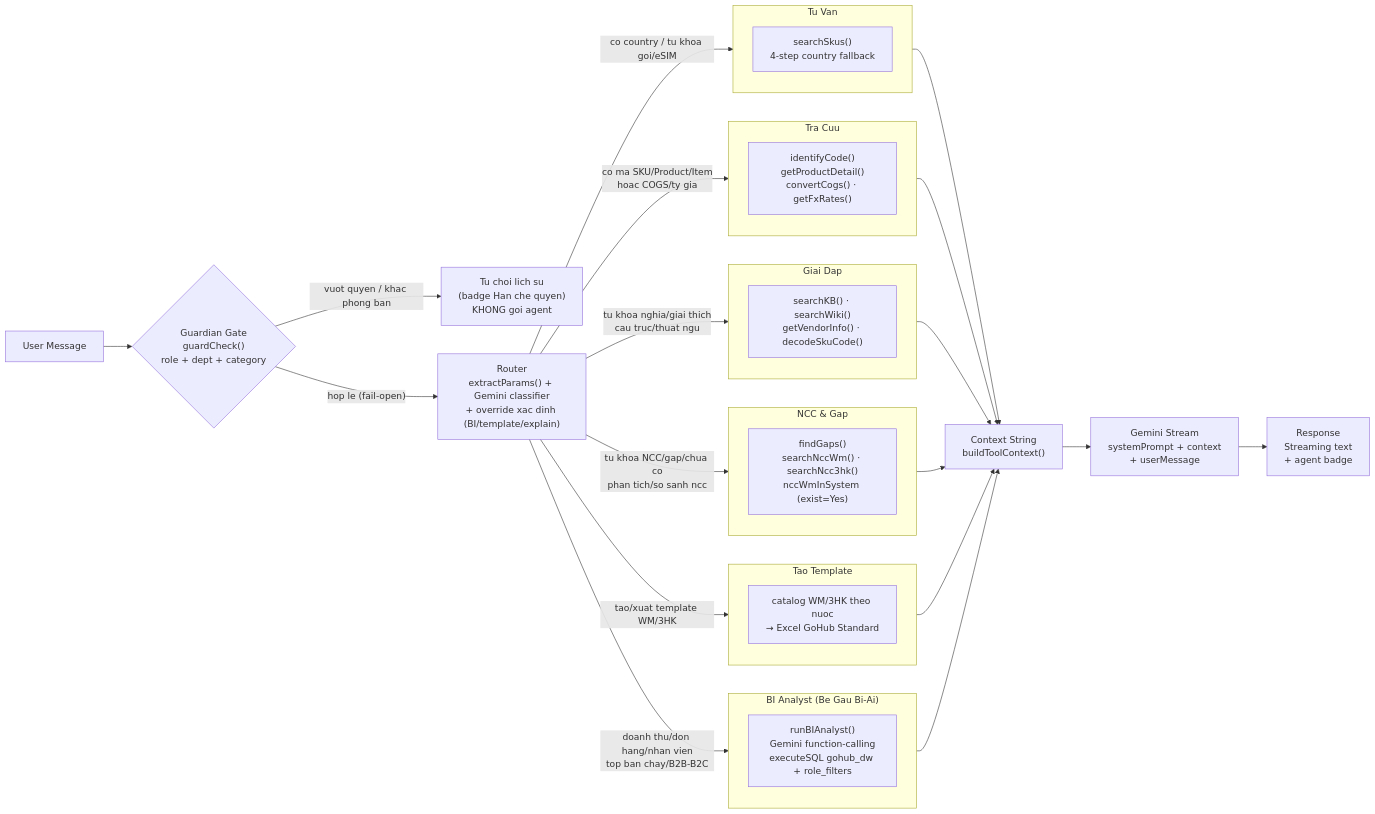
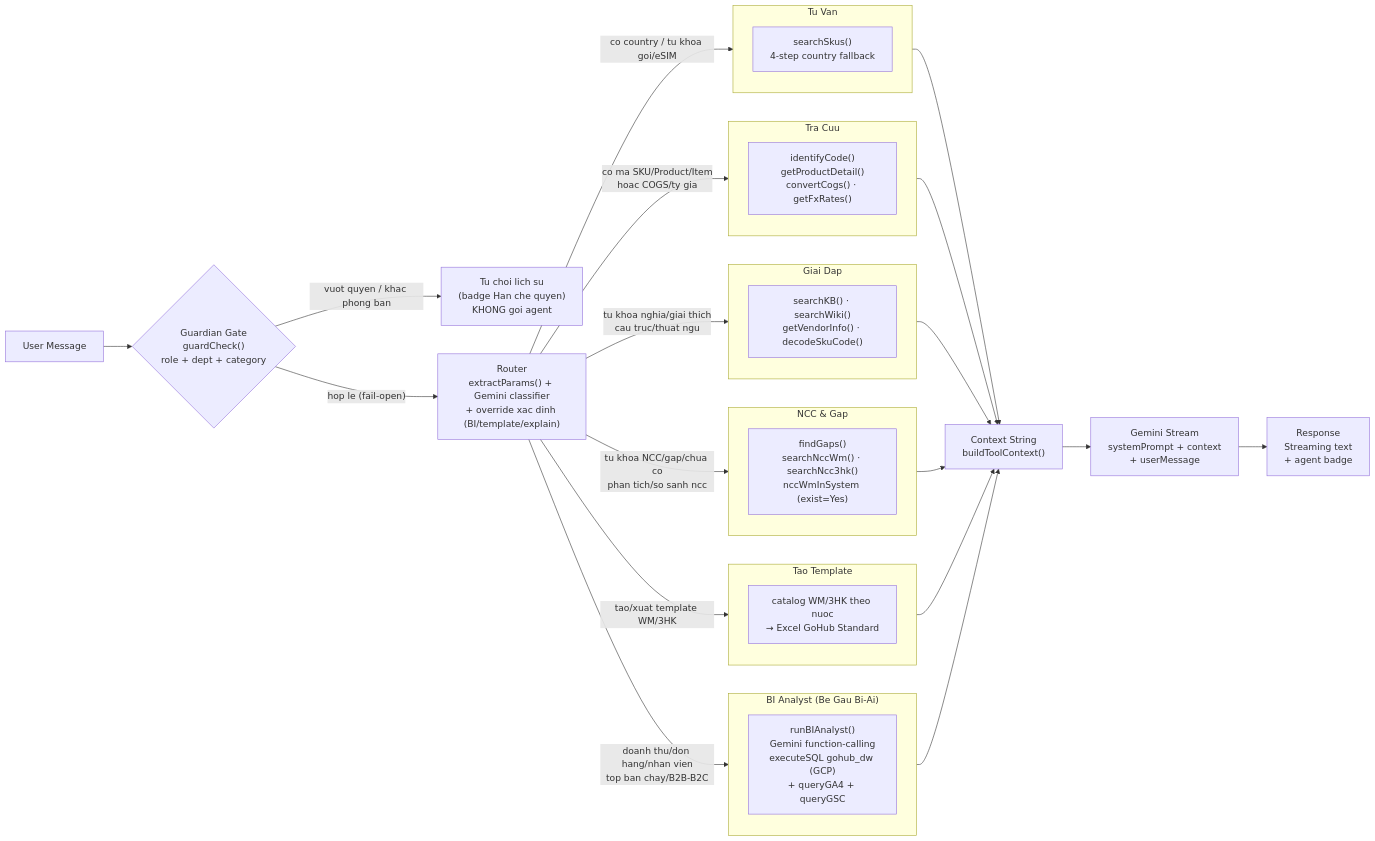
Before and after one commit to NguyenHoangHieu-ue/gohub: the fifth of 7 diagrams in docs/wiki/system/Second-Brain-Architecture.md, drawn with Mermaid. The commit also changed other lines of this file and 8 other files, not shown here.

````diff
--- a/docs/wiki/system/Second-Brain-Architecture.md
+++ b/docs/wiki/system/Second-Brain-Architecture.md
@@ -235,36 +235,36 @@
 ```mermaid
 flowchart LR
     MSG["User Message"] --> GUARD{"Guardian Gate\nguardCheck()\nrole + dept + category"}
     GUARD -->|"vuot quyen / khac phong ban"| DENY["Tu choi lich su\n(badge Han che quyen)\nKHONG goi agent"]
     GUARD -->|"hop le (fail-open)"| ROUTER["Router\nextractParams() + Gemini classifier\n+ override xac dinh (BI/template/explain)"]
 
     ROUTER -->|"co country / tu khoa goi/eSIM"| TU_VAN
     ROUTER -->|"co ma SKU/Product/Item\nhoac COGS/ty gia"| TRA_CUU
     ROUTER -->|"tu khoa nghia/giai thich\ncau truc/thuat ngu"| GIAI_DAP
     ROUTER -->|"tu khoa NCC/gap/chua co\nphan tich/so sanh ncc"| GAP
     ROUTER -->|"tao/xuat template WM/3HK"| TEMPLATE
     ROUTER -->|"doanh thu/don hang/nhan vien\ntop ban chay/B2B-B2C"| BI
 
     subgraph TU_VAN ["Tu Van"]
         T1["searchSkus()\n4-step country fallback"]
     end
     subgraph TRA_CUU ["Tra Cuu"]
         T2["identifyCode()\ngetProductDetail()\nconvertCogs() · getFxRates()"]
     end
     subgraph GIAI_DAP ["Giai Dap"]
         T3["searchKB() · searchWiki()\ngetVendorInfo() · decodeSkuCode()"]
     end
     subgraph GAP ["NCC & Gap"]
         T4["findGaps()\nsearchNccWm() · searchNcc3hk()\nnccWmInSystem (exist=Yes)"]
     end
     subgraph TEMPLATE ["Tao Template"]
         T5["catalog WM/3HK theo nuoc\n→ Excel GoHub Standard"]
     end
     subgraph BI ["BI Analyst (Be Gau Bi-Ai)"]
-        T6["runBIAnalyst()\nGemini function-calling\nexecuteSQL gohub_dw + role_filters"]
+        T6["runBIAnalyst()\nGemini function-calling\nexecuteSQL gohub_dw (GCP)\n+ queryGA4 + queryGSC"]
     end
 
     TU_VAN & TRA_CUU & GIAI_DAP & GAP & TEMPLATE & BI --> CTX["Context String\nbuildToolContext()"]
     CTX --> GEM["Gemini Stream\nsystemPrompt + context\n+ userMessage"]
     GEM --> RESP["Response\nStreaming text\n+ agent badge"]
 ```
````
